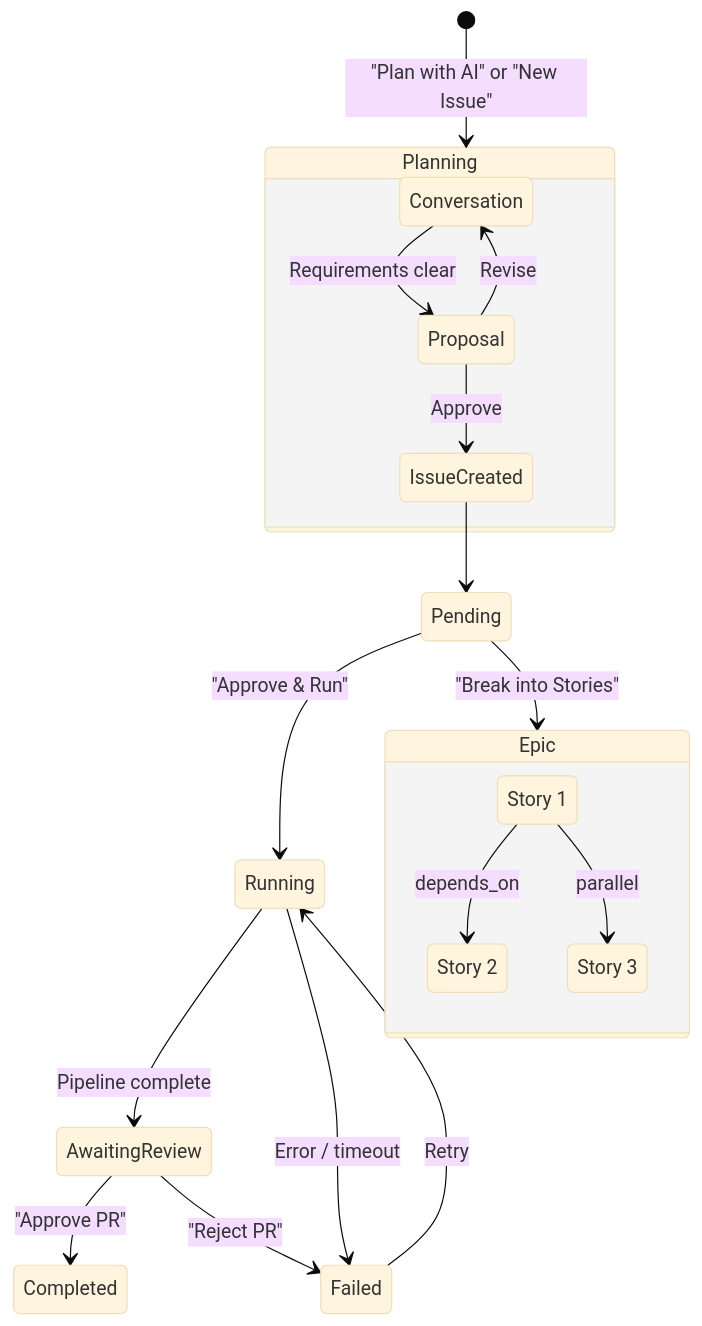
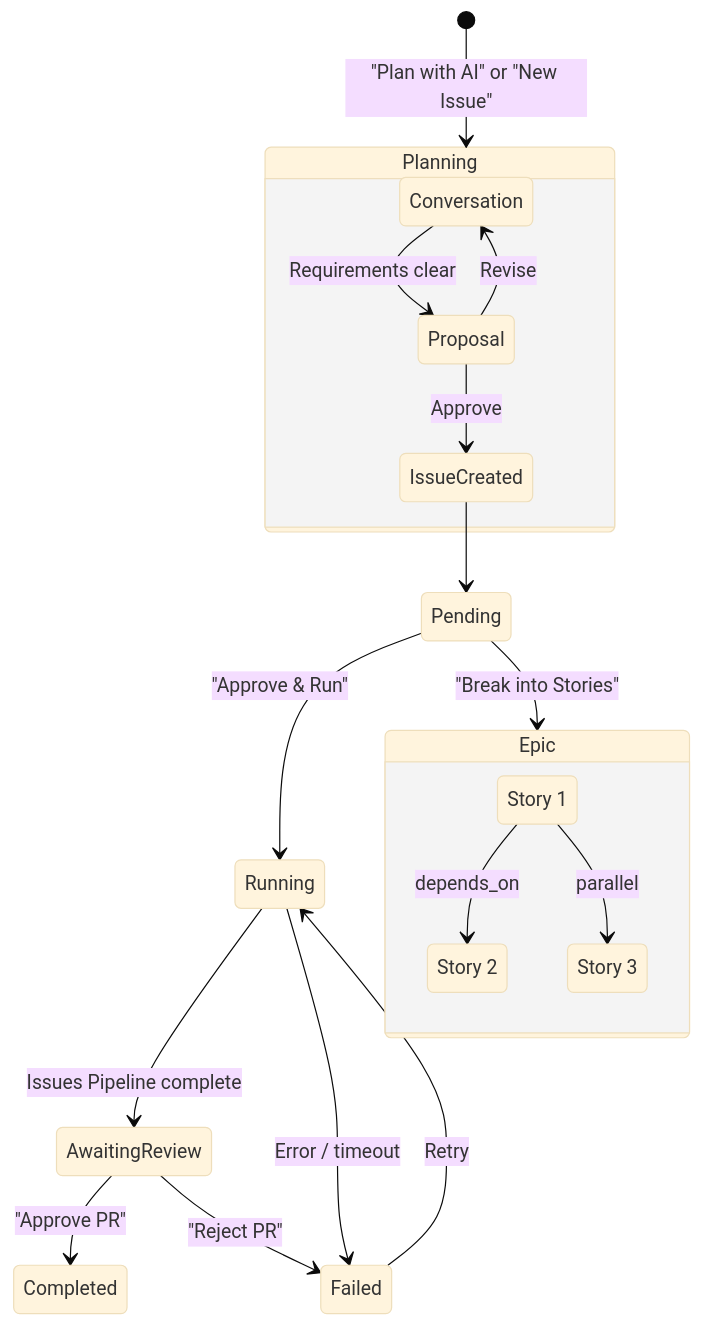
The fourth of 5 diagrams in docs/architecture/04-issue-lifecycle.md (reffdev/auto-swe), drawn with Mermaid (base theme) before and after one commit. The commit also changed other lines of this file and 15 other files, not shown here.

````diff
--- a/docs/architecture/04-issue-lifecycle.md
+++ b/docs/architecture/04-issue-lifecycle.md
@@ -137,28 +137,28 @@
 ```mermaid
 stateDiagram-v2
     [*] --> Planning: "Plan with AI" or "New Issue"
 
     state Planning {
         Conversation --> Proposal: Requirements clear
         Proposal --> Conversation: Revise
         Proposal --> IssueCreated: Approve
     }
 
     IssueCreated --> Pending
     Pending --> Epic: "Break into Stories"
 
     state Epic {
         Story1: Story 1
         Story2: Story 2
         Story3: Story 3
         Story1 --> Story2: depends_on
         Story1 --> Story3: parallel
     }
 
     Pending --> Running: "Approve & Run"
-    Running --> AwaitingReview: Pipeline complete
+    Running --> AwaitingReview: Issues Pipeline complete
     Running --> Failed: Error / timeout
     Failed --> Running: Retry
     AwaitingReview --> Completed: "Approve PR"
     AwaitingReview --> Failed: "Reject PR"
 ```
````
